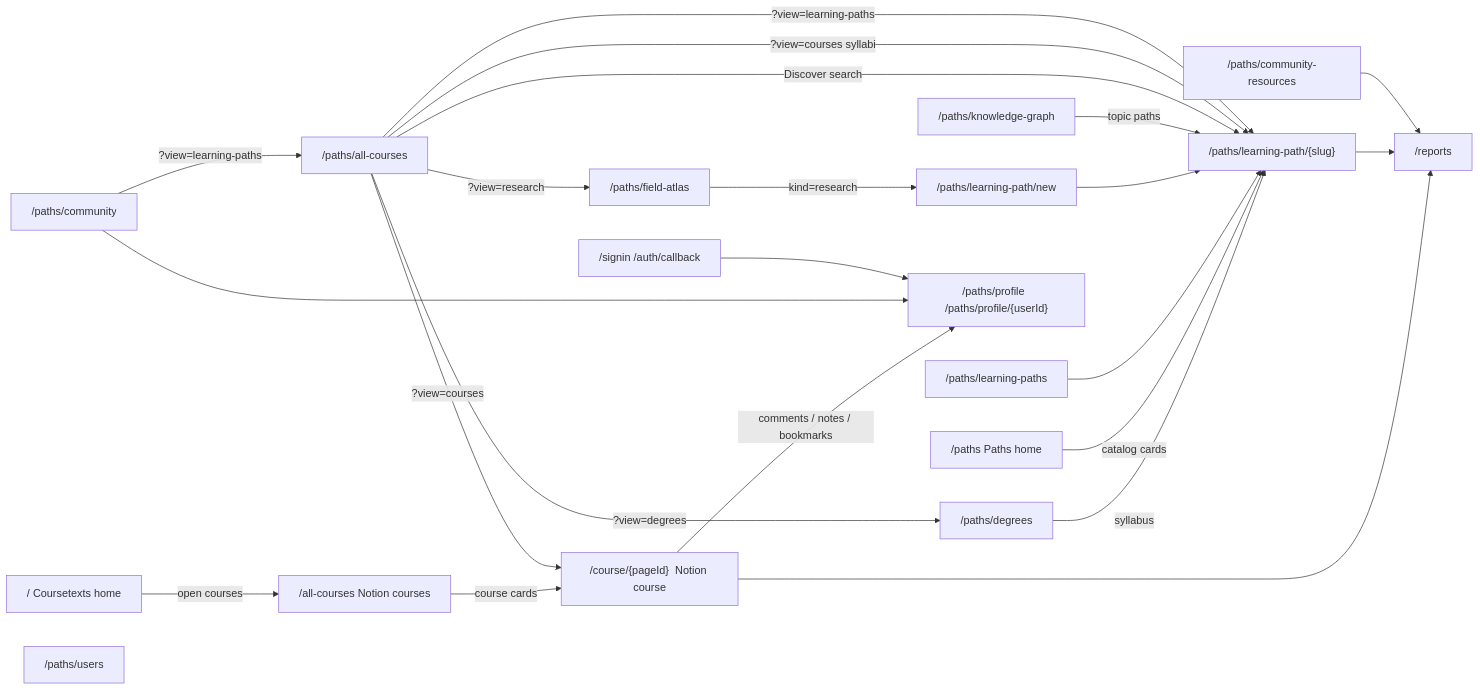
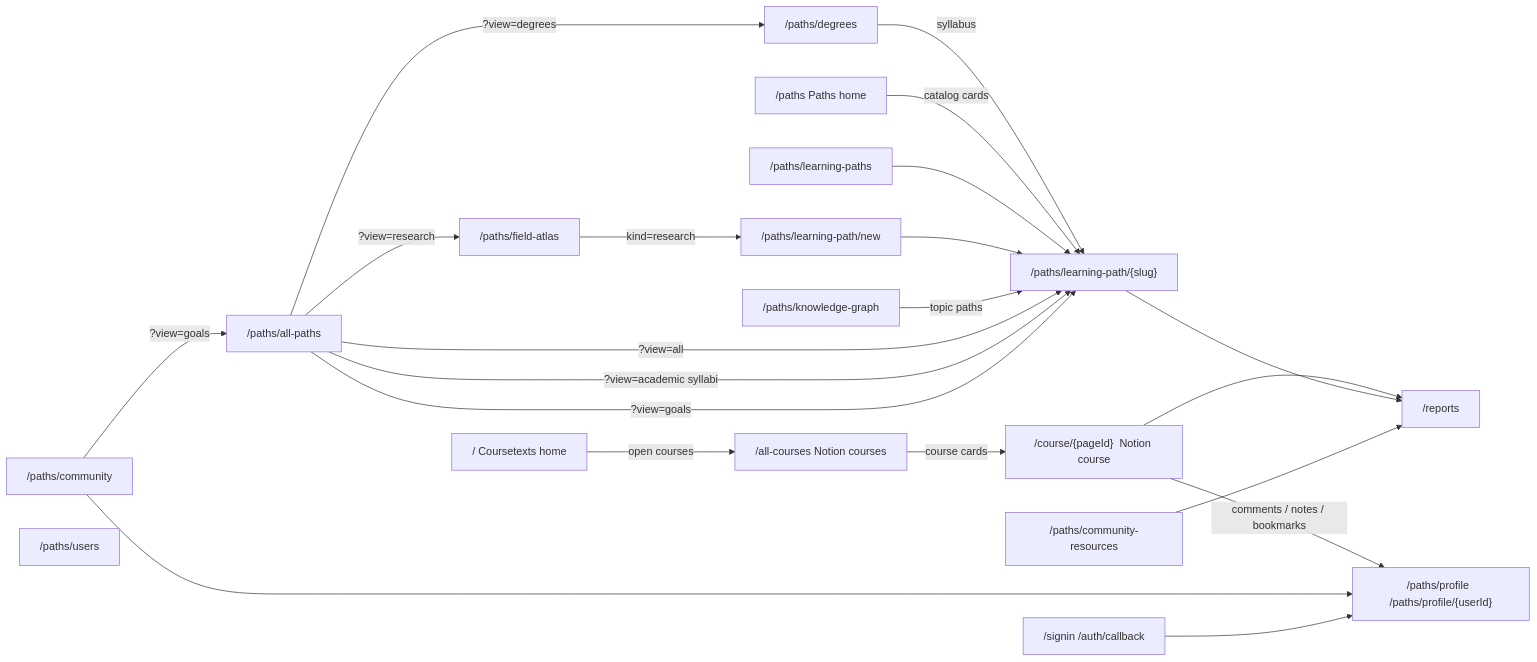
One commit to coursetexts/notion-site changed the second of 4 diagrams in docs/architecture.md. Above: the diagram before and after it, drawn with Mermaid. The commit also changed other lines of this file and 29 other files, not shown here.

First line of the commit message:
Move the paths catalog to /paths/all-paths and keep official courses on /all-courses.

````diff
--- a/docs/architecture.md
+++ b/docs/architecture.md
@@ -120,42 +119,41 @@
 ```mermaid
 flowchart LR
   Home["/  Coursetexts home"]
   OfficialAll["/all-courses  Notion courses"]
   Course["/course/{pageId}  Notion course"]
   PathsHome["/paths  Paths home"]
-  All["/paths/all-courses"]
+  All["/paths/all-paths"]
   Degrees["/paths/degrees"]
   LP["/paths/learning-path/{slug}"]
   LPNew["/paths/learning-path/new"]
   LPIndex["/paths/learning-paths"]
   Atlas["/paths/field-atlas"]
   KnowledgeGraph["/paths/knowledge-graph"]
   Community["/paths/community"]
   Resources["/paths/community-resources"]
   Profile["/paths/profile  /paths/profile/{userId}"]
   Users["/paths/users"]
   Reports["/reports"]
   Signin["/signin  /auth/callback"]
 
   Degrees -->|"syllabus"| LP
   PathsHome -->|"catalog cards"| LP
   Home -->|"open courses"| OfficialAll
   OfficialAll -->|"course cards"| Course
   LPIndex --> LP
   LPNew --> LP
   Atlas -->|"kind=research"| LPNew
   KnowledgeGraph -->|"topic paths"| LP
-  All -->|"Discover search"| LP
-  All -->|"?view=courses"| Course
-  All -->|"?view=courses syllabi"| LP
-  All -->|"?view=learning-paths"| LP
+  All -->|"?view=all"| LP
+  All -->|"?view=academic syllabi"| LP
+  All -->|"?view=goals"| LP
   All -->|"?view=degrees"| Degrees
   All -->|"?view=research"| Atlas
-  Community -->|"?view=learning-paths"| All
+  Community -->|"?view=goals"| All
   Course --> Reports
   LP --> Reports
   Resources --> Reports
   Course -->|"comments / notes / bookmarks"| Profile
   Community --> Profile
   Signin --> Profile
 ```
````
